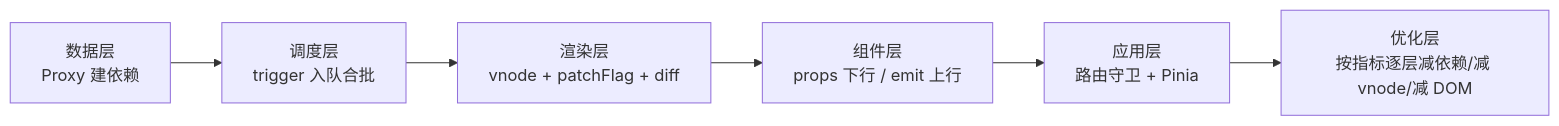
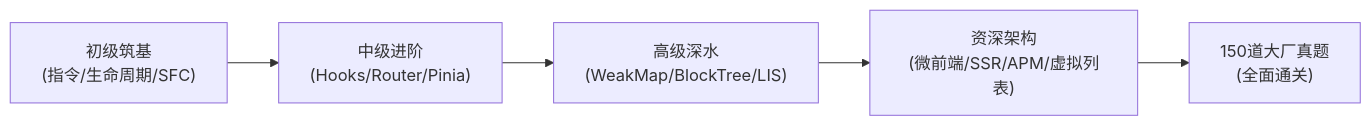
Before and after one commit to Iamdog/limin-Face-Doc: the diagram in doc/Vue/前言.md, drawn with Mermaid. The commit also changed other lines of this file and 476 other files, not shown here.

````diff
--- a/doc/Vue/前言.md
+++ b/doc/Vue/前言.md
@@ -51,8 +97,7 @@
 ```mermaid
 flowchart LR
-    A["数据层<br/>Proxy 建依赖"] --> B["调度层<br/>trigger 入队合批"]
-    B --> C["渲染层<br/>vnode + patchFlag + diff"]
-    C --> D["组件层<br/>props 下行 / emit 上行"]
-    D --> E["应用层<br/>路由守卫 + Pinia"]
-    E --> F["优化层<br/>按指标逐层减依赖/减 vnode/减 DOM"]
+    A["初级筑基<br/>(指令/生命周期/SFC)"] --> B["中级进阶<br/>(Hooks/Router/Pinia)"]
+    B --> C["高级深水<br/>(WeakMap/BlockTree/LIS)"]
+    C --> D["资深架构<br/>(微前端/SSR/APM/虚拟列表)"]
+    D --> E["150道大厂真题<br/>(全面通关)"]
 ```
````
